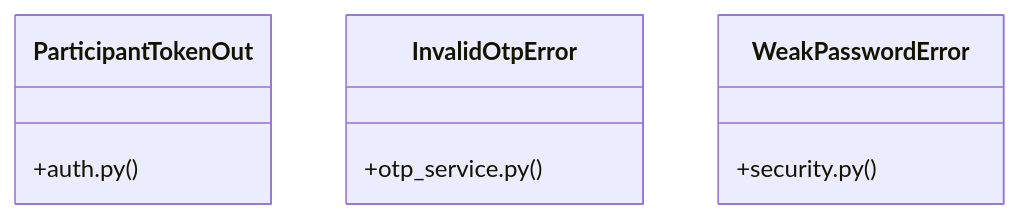
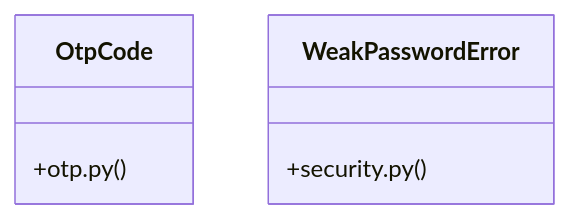
One commit to adjanayo/synca_conf_back changed the diagram in graphify-out/wiki/[verify_stripe_signature()_&_payment_webhook()]_Cluster.md. Above: the diagram before and after it, drawn with Mermaid. The commit also changed other lines of this file and 92 other files, not shown here.

````diff
--- a/graphify-out/wiki/[verify_stripe_signature()_&_payment_webhook()]_Cluster.md
+++ b/graphify-out/wiki/[verify_stripe_signature()_&_payment_webhook()]_Cluster.md
@@ -36,12 +36,9 @@
 ```mermaid
 classDiagram
-    class ParticipantTokenOut {
-        +auth.py()
-    }
-    class InvalidOtpError {
-        +otp_service.py()
+    class OtpCode {
+        +otp.py()
     }
     class WeakPasswordError {
         +security.py()
     }
 ```
````
